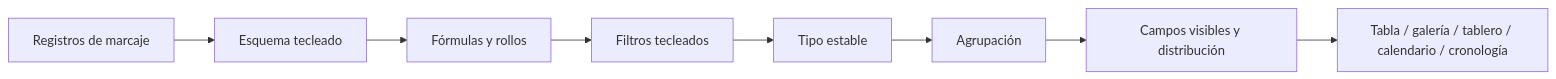
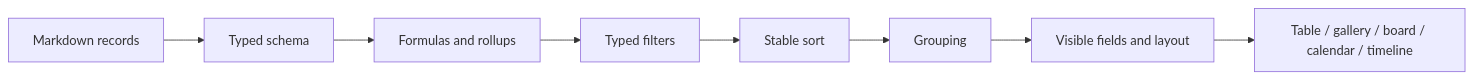
Before and after one commit to ismigar/Gnosi: the diagram in docs/engineering-es/domains/database-views-planning.md, drawn with Mermaid. The commit also changed other lines of this file and 391 other files, not shown here.

````diff
--- a/docs/engineering-es/domains/database-views-planning.md
+++ b/docs/engineering-es/domains/database-views-planning.md
@@ -47,10 +131,10 @@
 ```mermaid
 flowchart LR
-    Pages["Registros de marcaje"] --> Schema["Esquema tecleado"]
-    Schema --> Derived["Fórmulas y rollos"]
-    Derived --> Filter["Filtros tecleados"]
-    Filter --> Sort["Tipo estable"]
-    Sort --> Group["Agrupación"]
-    Group --> Projection["Campos visibles y distribución"]
-    Projection --> Table["Tabla / galería / tablero / calendario / cronología"]
+    Pages["Markdown records"] --> Schema["Typed schema"]
+    Schema --> Derived["Formulas and rollups"]
+    Derived --> Filter["Typed filters"]
+    Filter --> Sort["Stable sort"]
+    Sort --> Group["Grouping"]
+    Group --> Projection["Visible fields and layout"]
+    Projection --> Table["Table / gallery / board / calendar / timeline"]
 ```
````
